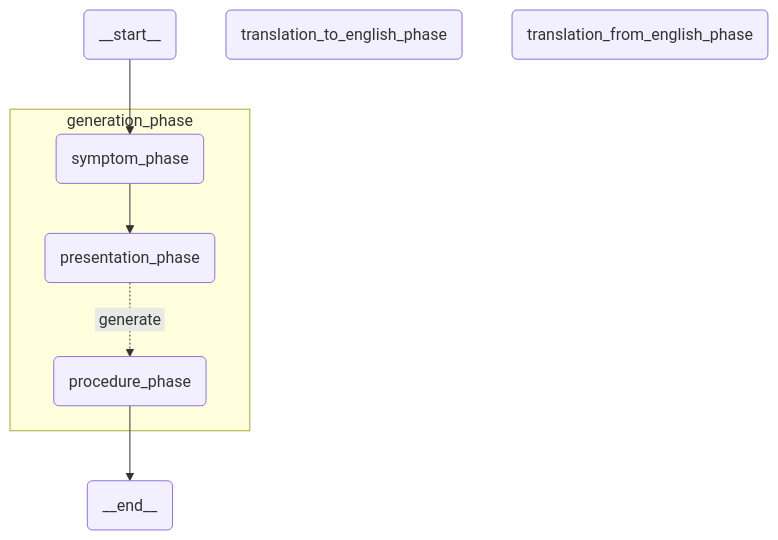
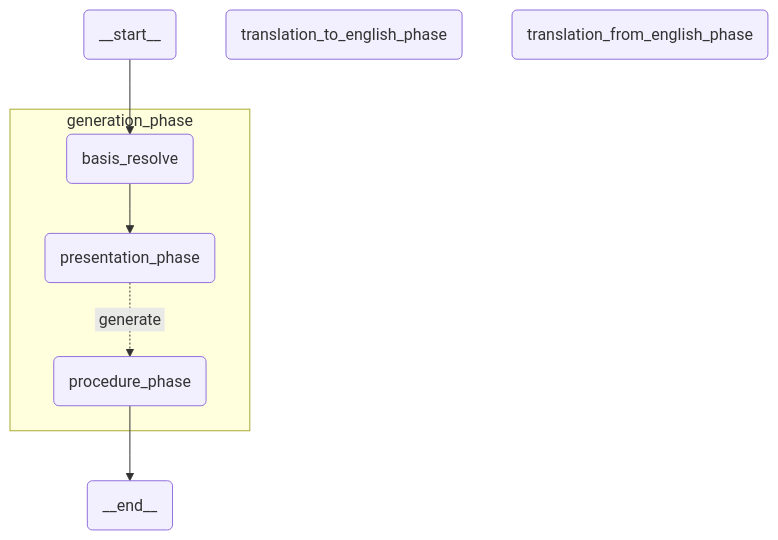
One commit to janthoXO/AetioMed changed the diagram in docs/graphs/case-graph-overview.none.mmd. Above: the diagram before and after it, drawn with Mermaid. The commit also changed 28 other files, not shown here.

```diff
--- a/docs/graphs/case-graph-overview.none.mmd
+++ b/docs/graphs/case-graph-overview.none.mmd
@@ -1,18 +1,18 @@
 %%{init: {'flowchart': {'curve': 'linear'}}}%%
 graph TD;
 	__start__(<p>__start__</p>)
-	generation_phase_symptom_phase(symptom_phase)
+	generation_phase_basis_resolve(basis_resolve)
 	generation_phase_presentation_phase(presentation_phase)
 	generation_phase_procedure_phase(procedure_phase)
 	__end__(<p>__end__</p>)
 	translation_to_english_phase(translation_to_english_phase)
 	translation_from_english_phase(translation_from_english_phase)
-	__start__ --> generation_phase_symptom_phase;
+	__start__ --> generation_phase_basis_resolve;
 	generation_phase_procedure_phase --> __end__;
 	subgraph generation_phase
-	generation_phase_symptom_phase --> generation_phase_presentation_phase;
+	generation_phase_basis_resolve --> generation_phase_presentation_phase;
 	generation_phase_presentation_phase -. &nbsp;generate&nbsp; .-> generation_phase_procedure_phase;
 	end
 	classDef default fill:#f2f0ff,line-height:1.2;
 	classDef first fill-opacity:0;
 	classDef last fill:#bfb6fc;
```
